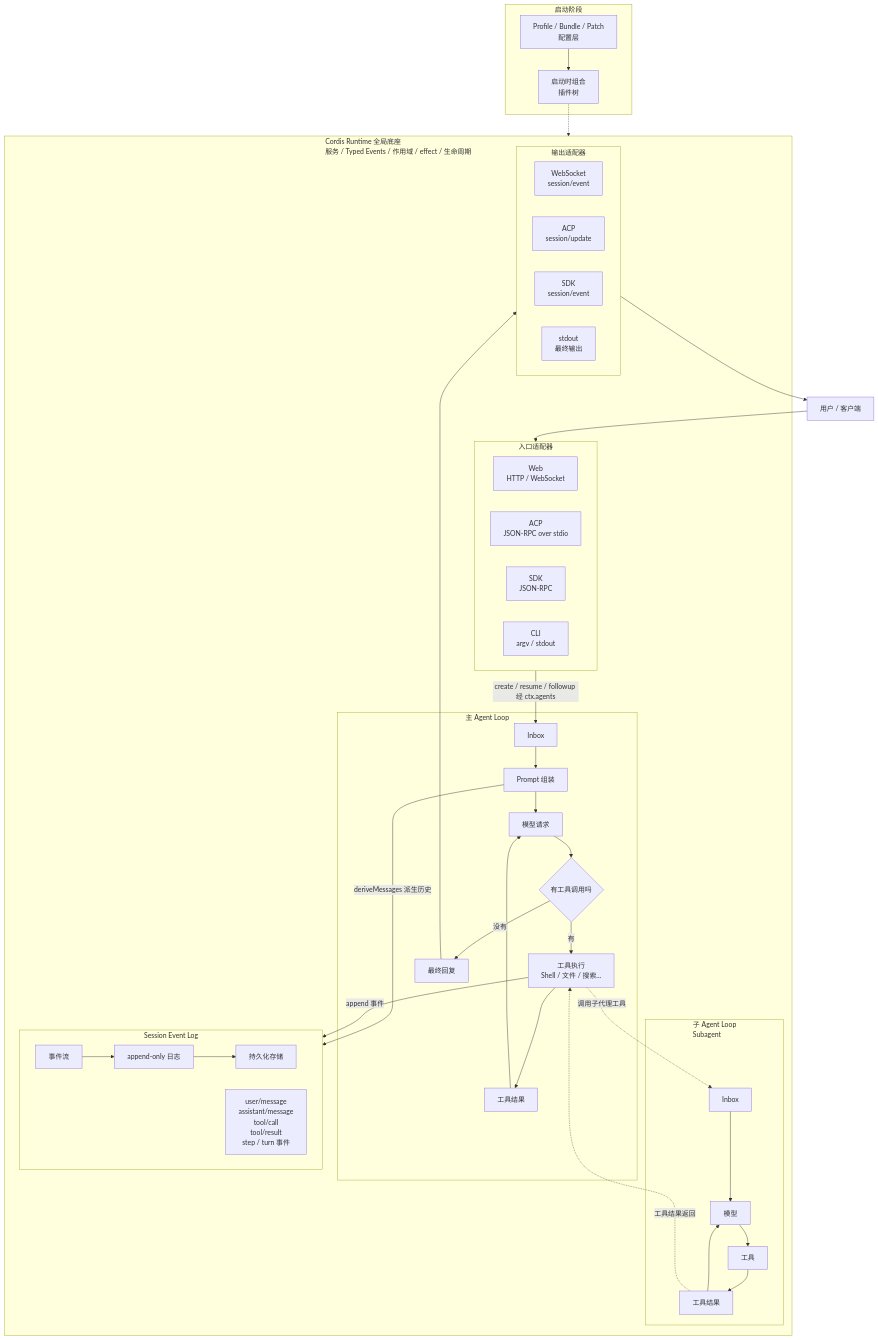
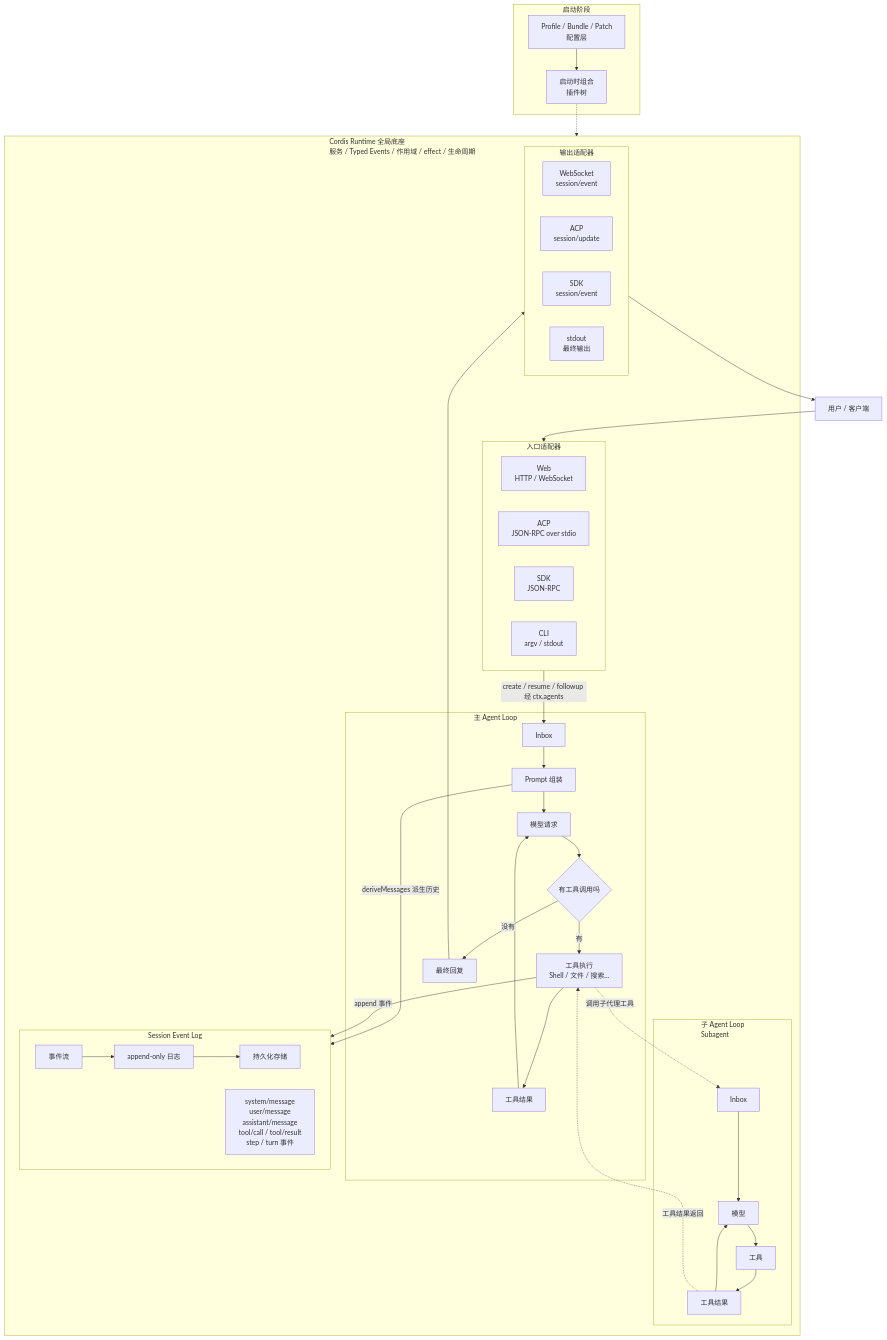
One commit to Chieko3020/Chieko3020.github.io changed the second of 16 diagrams in source/_posts/DeepSeek Harness 简析.md. Above: the diagram before and after it, drawn with Mermaid. The commit also changed other lines of this file and 4 other files, not shown here.

Commit message:
更新：DeepSeek Harness 简析 升级到 0.2.2-rc.1（事件表、会话格式、preset、subagent 换轴），新增产品形态一节与四张配图

````diff
--- a/source/_posts/DeepSeek Harness 简析.md
+++ b/source/_posts/DeepSeek Harness 简析.md
@@ -261,46 +273,46 @@
 ```mermaid
 flowchart TB
     subgraph BOOT[启动阶段]
         PF[Profile / Bundle / Patch<br/>配置层] --> COMP[启动时组合<br/>插件树]
     end
     subgraph CORE[Cordis Runtime 全局底座<br/>服务 / Typed Events / 作用域 / effect / 生命周期]
         subgraph GATE[入口适配器]
             WEB[Web<br/>HTTP / WebSocket]
             ACP[ACP<br/>JSON-RPC over stdio]
             SDK[SDK<br/>JSON-RPC]
             CLI[CLI<br/>argv / stdout]
         end
         subgraph LOOP1[主 Agent Loop]
             IB[Inbox] --> PA[Prompt 组装]
             PA --> LM[模型请求]
             LM --> TCC{有工具调用吗}
             TCC -->|有| TL[工具执行<br/>Shell / 文件 / 搜索...]
             TL --> TR[工具结果]
             TR --> LM
             TCC -->|没有| FR[最终回复]
         end
         subgraph LOOP2[子 Agent Loop<br/>Subagent]
             CI[Inbox] --> CL[模型] --> CT[工具] --> CR[工具结果] --> CL
         end
         subgraph SESS[Session Event Log]
             EV[事件流] --> LG[append-only 日志]
             LG --> ST[持久化存储]
-            TY[user/message<br/>assistant/message<br/>tool/call<br/>tool/result<br/>step / turn 事件]
+            TY[system/message<br/>user/message<br/>assistant/message<br/>tool/call / tool/result<br/>step / turn 事件]
         end
         subgraph OUT[输出适配器]
             OW[WebSocket<br/>session/event]
             OA[ACP<br/>session/update]
             OS[SDK<br/>session/event]
             OO[stdout<br/>最终输出]
         end
     end
     COMP -.-> CORE
     USER[用户 / 客户端] --> GATE
     GATE -->|create / resume / followup 经 ctx.agents| IB
     FR --> OUT
     TL -.->|调用子代理工具| CI
     CR -.->|工具结果返回| TL
     PA -->|deriveMessages 派生历史| SESS
     TL -->|append 事件| SESS
     OUT --> USER
 ```
````
